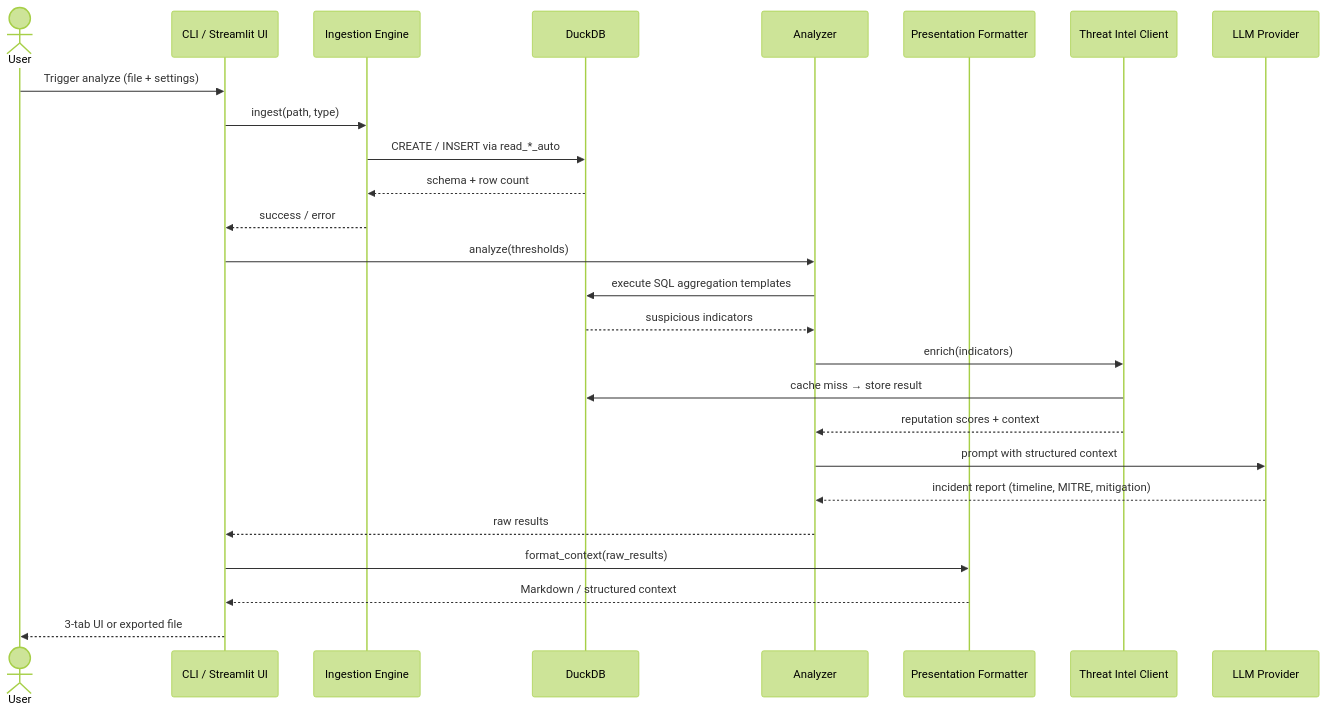
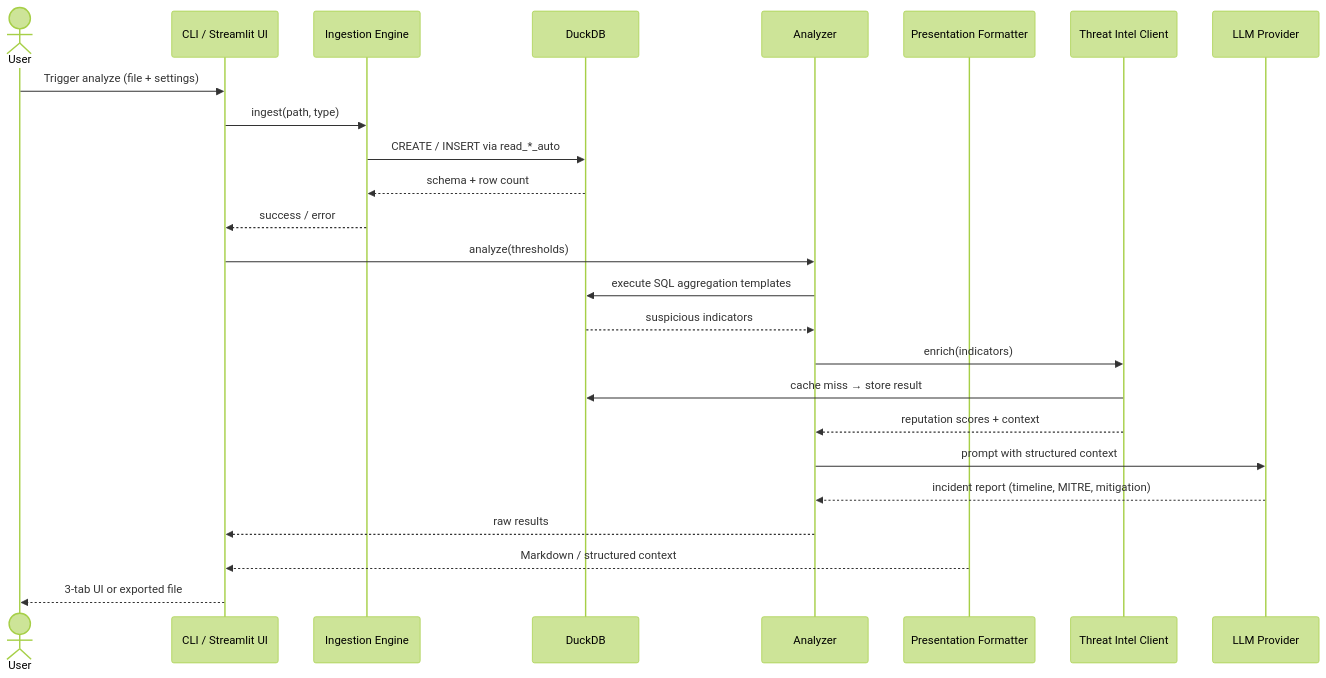
Before and after one commit to doubledare704/ovs-logs: the second of 2 diagrams in docs/architecture.md, drawn with Mermaid (forest theme). The commit also changed other lines of this file and 32 other files, not shown here.

````diff
--- a/docs/architecture.md
+++ b/docs/architecture.md
@@ -69,29 +69,28 @@
 ```mermaid
 sequenceDiagram
     actor U as User
     participant C as CLI / Streamlit UI
     participant I as Ingestion Engine
     participant D as DuckDB
     participant A as Analyzer
     participant P as Presentation Formatter
     participant T as Threat Intel Client
     participant L as LLM Provider
 
     U->>C: Trigger analyze (file + settings)
     C->>I: ingest(path, type)
     I->>D: CREATE / INSERT via read_*_auto
     D-->>I: schema + row count
     I-->>C: success / error
     C->>A: analyze(thresholds)
     A->>D: execute SQL aggregation templates
     D-->>A: suspicious indicators
     A->>T: enrich(indicators)
     T->>D: cache miss → store result
     T-->>A: reputation scores + context
     A->>L: prompt with structured context
     L-->>A: incident report (timeline, MITRE, mitigation)
     A-->>C: raw results
-    C->>P: format_context(raw_results)
     P-->>C: Markdown / structured context
     C-->>U: 3-tab UI or exported file
 ```
````
